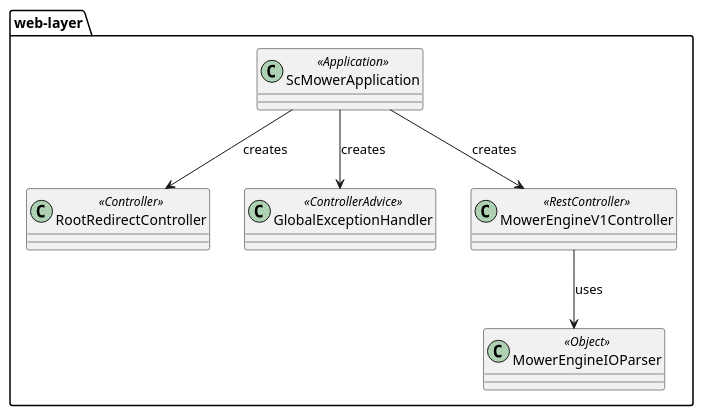
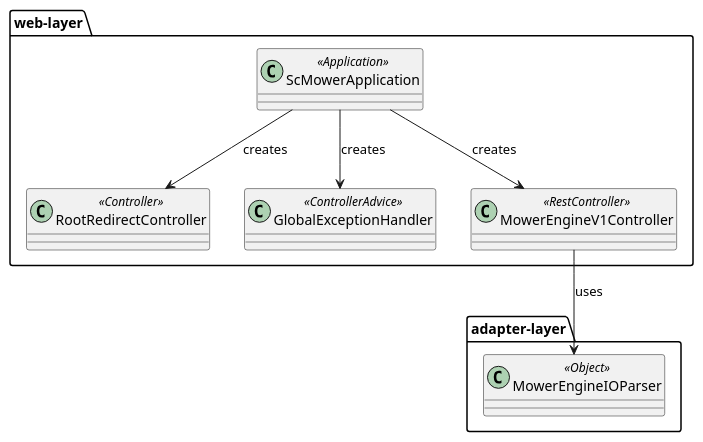
Before and after one commit to guidomarchini/sc_mower: the diagram in docs/web-layer.puml, drawn with PlantUML. The commit also changed 12 other files, not shown here.

```diff
--- a/docs/web-layer.puml
+++ b/docs/web-layer.puml
@@ -1,18 +1,21 @@
 @startuml
 ' Web Layer Class Diagram
 
 package web-layer {
     class ScMowerApplication <<Application>>
     class RootRedirectController <<Controller>>
     class GlobalExceptionHandler <<ControllerAdvice>>
     class MowerEngineV1Controller <<RestController>>
+}
+
+package adapter-layer {
     class MowerEngineIOParser <<Object>>
 }
 
 ' Relationships
 ScMowerApplication --> RootRedirectController : creates
 ScMowerApplication --> GlobalExceptionHandler : creates
 ScMowerApplication --> MowerEngineV1Controller : creates
 MowerEngineV1Controller --> MowerEngineIOParser : uses
 
 @enduml
```
